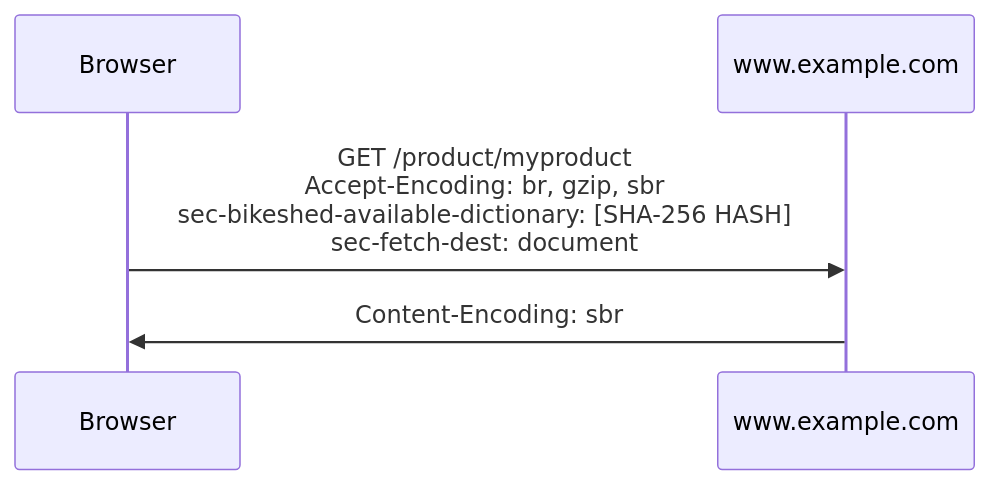
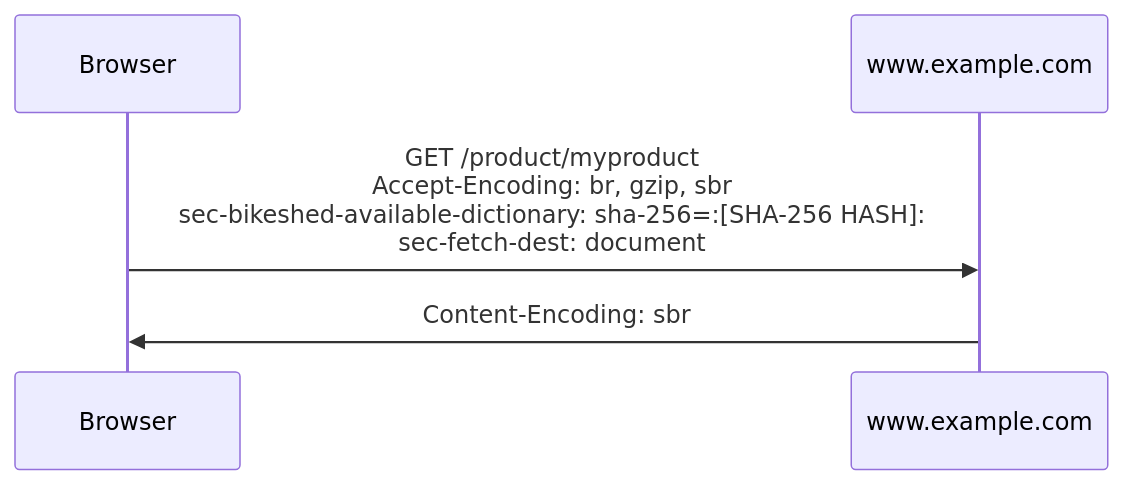
One commit to WICG/compression-dictionary-transport changed the fourth of 4 diagrams in README.md. Above: the diagram before and after it, drawn with Mermaid. The commit also changed other lines of this file, not shown here.

First line of the commit message:
Changed us-as-dictionary to a sf-dictionary

````diff
--- a/README.md
+++ b/README.md
@@ -234,5 +241,5 @@
 ```mermaid
 sequenceDiagram
-Browser->>www.example.com: GET /product/myproduct<br/>Accept-Encoding: br, gzip, sbr<br/>sec-bikeshed-available-dictionary: [SHA-256 HASH]<br/>sec-fetch-dest: document
+Browser->>www.example.com: GET /product/myproduct<br/>Accept-Encoding: br, gzip, sbr<br/>sec-bikeshed-available-dictionary: sha-256=:[SHA-256 HASH]:<br/>sec-fetch-dest: document
 www.example.com->>Browser: Content-Encoding: sbr
 ```
````
